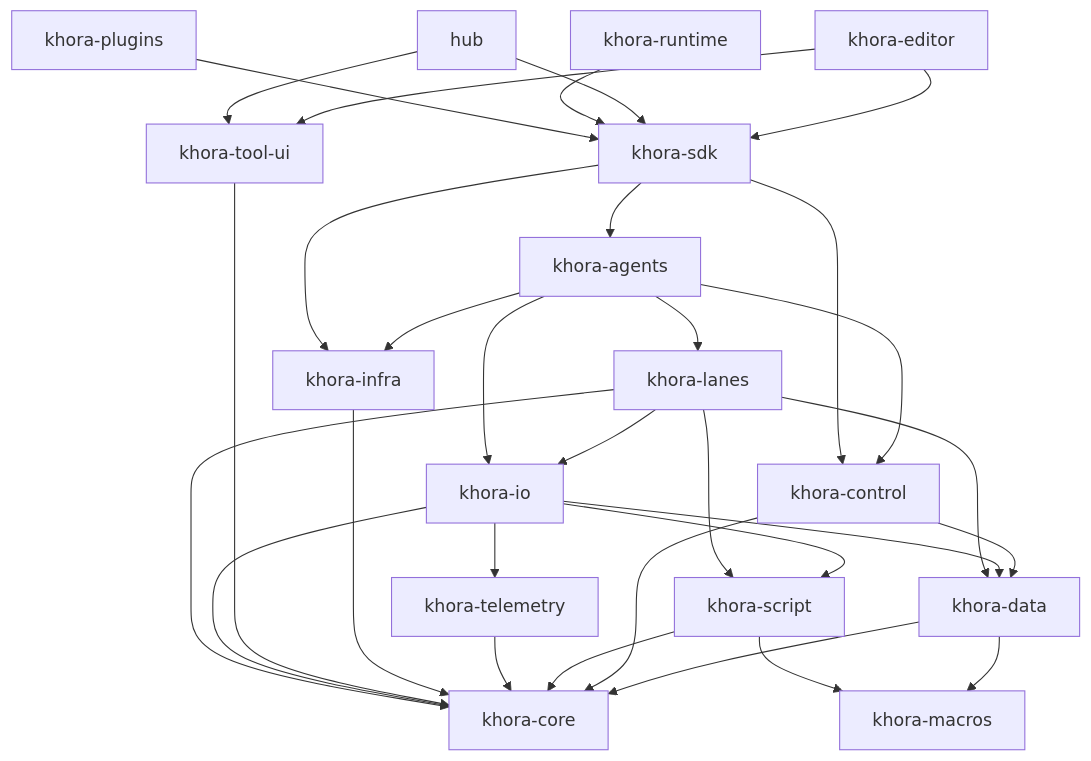
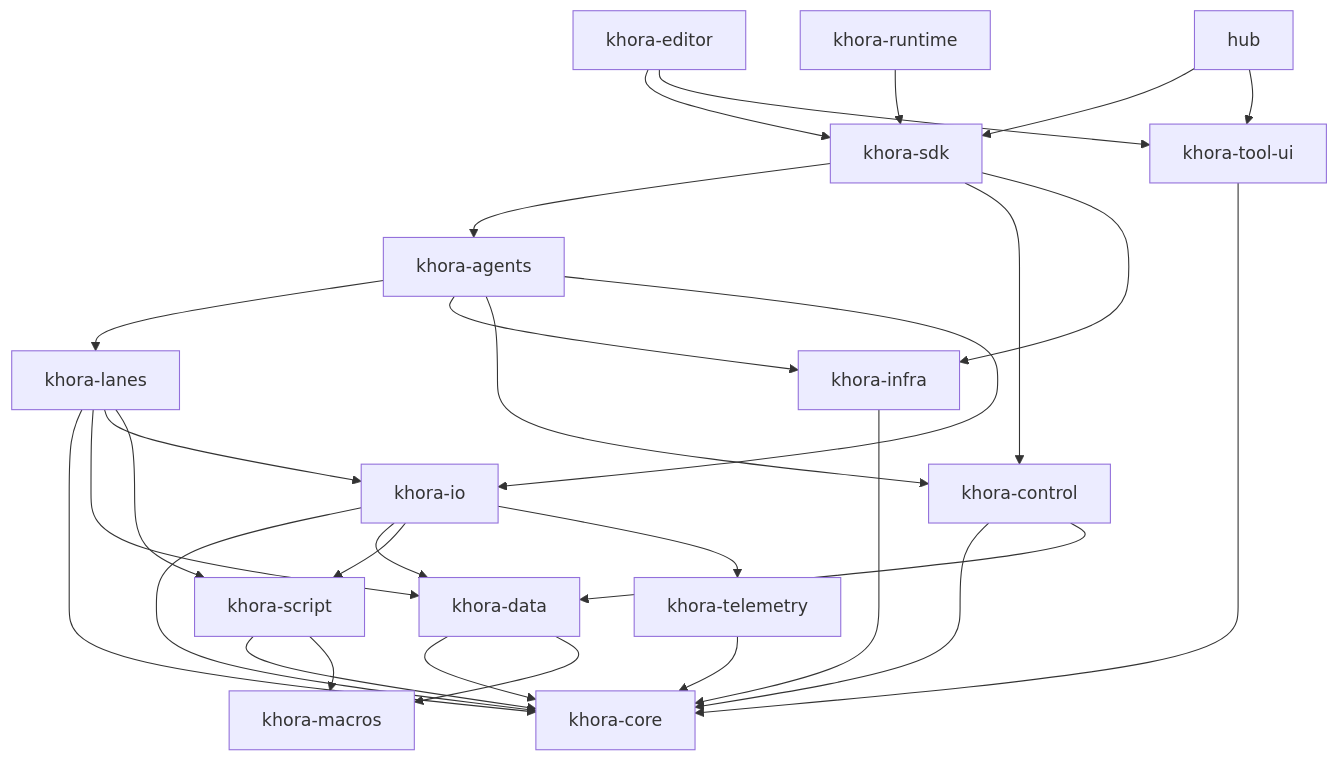
The diagram in docs/src/reference/crates.md (eraflo/KhoraEngine), drawn with Mermaid before and after one commit. The commit also changed other lines of this file and 153 other files, not shown here.

````diff
--- a/docs/src/reference/crates.md
+++ b/docs/src/reference/crates.md
@@ -56,50 +55,48 @@
 ```mermaid
 graph TD
     CORE[khora-core]
     MACRO[khora-macros]
     DATA[khora-data]
     CTRL[khora-control]
     SCRIPT[khora-script]
     TELE[khora-telemetry]
     INFRA[khora-infra]
     TOOLUI[khora-tool-ui]
     IO[khora-io]
     LANE[khora-lanes]
     AGT[khora-agents]
     SDK[khora-sdk]
     ED[khora-editor]
     HUB[hub]
     RT[khora-runtime]
-    PLUG[khora-plugins]
 
     DATA --> CORE
     DATA --> MACRO
     CTRL --> CORE
     CTRL --> DATA
     SCRIPT --> CORE
     SCRIPT --> MACRO
     TELE --> CORE
     INFRA --> CORE
     TOOLUI --> CORE
     IO --> CORE
     IO --> DATA
     IO --> SCRIPT
     IO --> TELE
     LANE --> CORE
     LANE --> DATA
     LANE --> IO
     LANE --> SCRIPT
     AGT --> LANE
     AGT --> INFRA
     AGT --> CTRL
     AGT --> IO
     SDK --> AGT
     SDK --> CTRL
     SDK --> INFRA
     ED --> SDK
     ED --> TOOLUI
     HUB --> SDK
     HUB --> TOOLUI
     RT --> SDK
-    PLUG --> SDK
 ```
````
